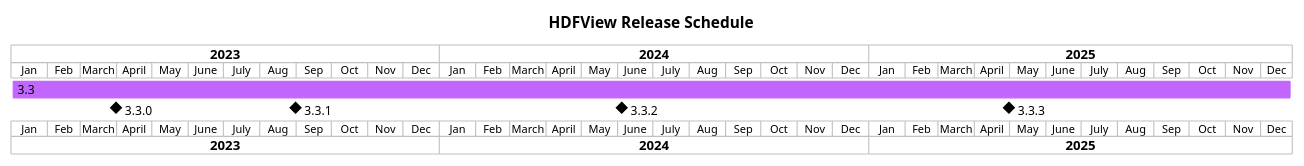
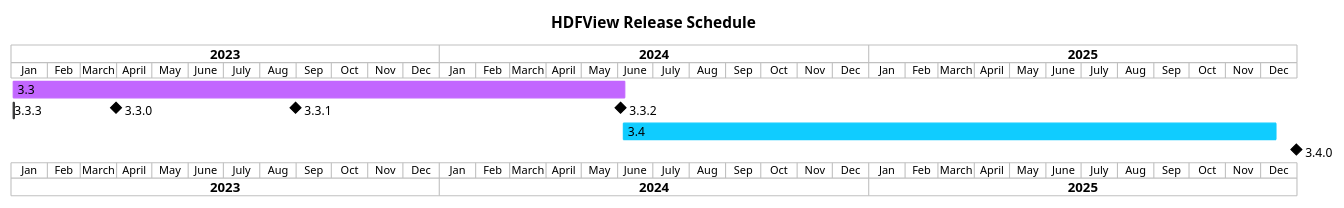
Before and after one commit to HDFGroup/hdfview: the diagram in docs/img/release-schedule.plantuml, drawn with PlantUML. The commit also changed 1 other file, not shown here.

Commit message:
Fixed timeline for HDFView 3.4.0

```diff
--- a/docs/img/release-schedule.plantuml
+++ b/docs/img/release-schedule.plantuml
@@ -5,18 +5,20 @@
 @startgantt
 
 title HDFView Release Schedule
 
 projectscale monthly
 Project starts 2023-01-01
 
-[3.3] starts 2023-01-01 and lasts 156 weeks
+[3.3] starts 2023-01-01 and lasts 75 weeks
 [3.3.0] happens 2023-03-31
 [3.3.1] happens 2023-08-31
-[3.3.2] happens 2024-06-04
-[3.3.3] happens 2025-04-30
+[3.3.2] happens 2024-06-03
 [3.3.1] displays on same row as [3.3.0]
 [3.3.2] displays on same row as [3.3.0]
 [3.3.3] displays on same row as [3.3.0]
 [3.3] is colored in #C266FF
+[3.4] starts 2024-06-04 and lasts 80 weeks
+[3.4.0] happens 2025-12-31
+[3.4] is colored in #10CCFF
 
 @endgantt
```
